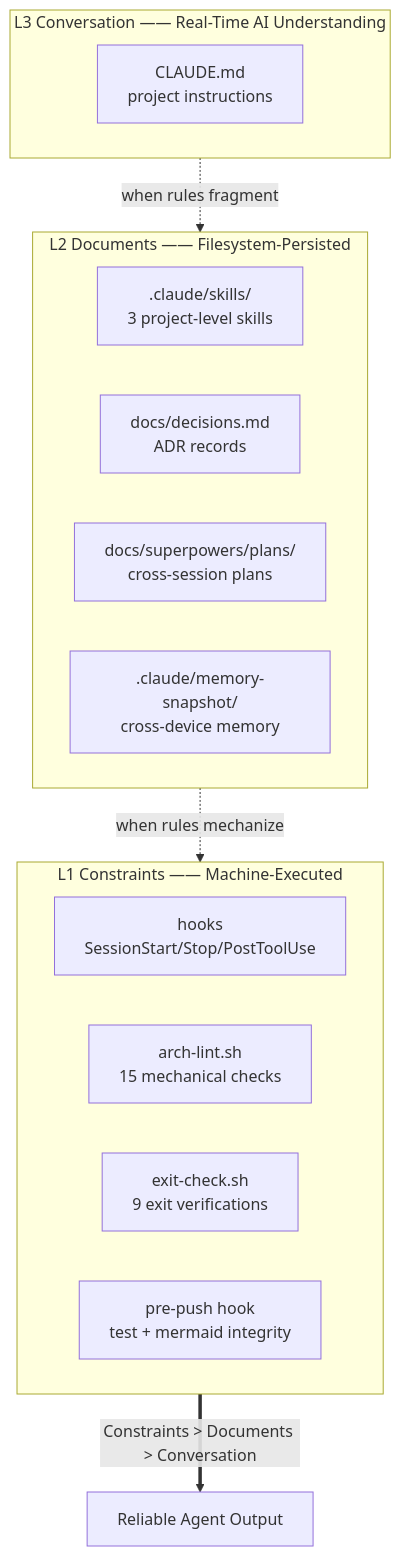
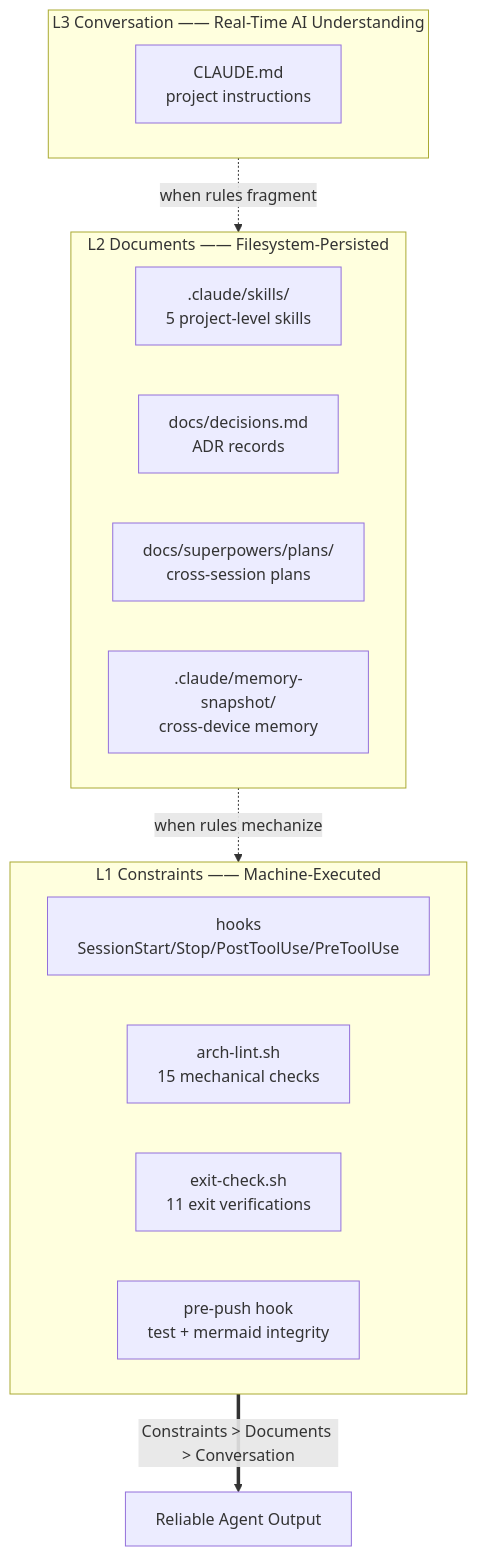
The diagram in README_EN.md (reallyhwc/ans-ai-auto-notes), drawn with Mermaid before and after one commit. The commit also changed other lines of this file and 62 other files, not shown here.

````diff
--- a/README_EN.md
+++ b/README_EN.md
@@ -37,25 +37,25 @@
 ```mermaid
 flowchart TD
     subgraph L1["L1 Constraints —— Machine-Executed"]
         direction LR
-        H[hooks<br/>SessionStart/Stop/PostToolUse]
+        H[hooks<br/>SessionStart/Stop/PostToolUse/PreToolUse]
         ALINT[arch-lint.sh<br/>15 mechanical checks]
-        ECHK[exit-check.sh<br/>9 exit verifications]
+        ECHK[exit-check.sh<br/>11 exit verifications]
         PRE[pre-push hook<br/>test + mermaid integrity]
     end
 
     subgraph L2["L2 Documents —— Filesystem-Persisted"]
-        SKILL[.claude/skills/<br/>3 project-level skills]
+        SKILL[.claude/skills/<br/>5 project-level skills]
         ADR[docs/decisions.md<br/>ADR records]
         PLAN[docs/superpowers/plans/<br/>cross-session plans]
         MEM[.claude/memory-snapshot/<br/>cross-device memory]
     end
 
     subgraph L3["L3 Conversation —— Real-Time AI Understanding"]
         CLAUDE[CLAUDE.md<br/>project instructions]
     end
 
     L3 -.->|"when rules fragment"| L2
     L2 -.->|"when rules mechanize"| L1
     L1 ==>|"Constraints > Documents > Conversation"| OK[Reliable Agent Output]
 ```
````
